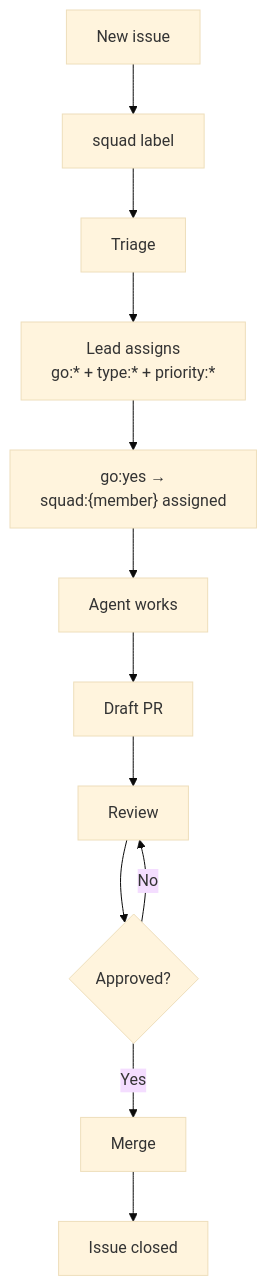
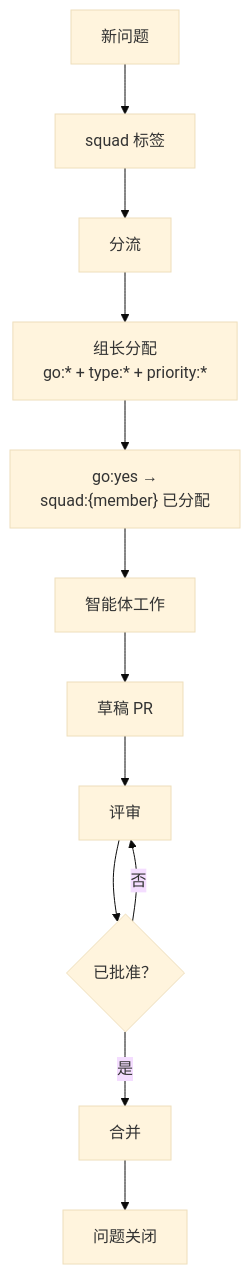
One commit to Allen-work-mk/squad-zh changed the diagram in docs/src/content/docs-zh/concepts/github-workflow.md. Above: the diagram before and after it, drawn with Mermaid (base theme). The commit also changed other lines of this file and 5 other files, not shown here.

````diff
--- a/docs/src/content/docs-zh/concepts/github-workflow.md
+++ b/docs/src/content/docs-zh/concepts/github-workflow.md
@@ -101,14 +100,14 @@
 ```mermaid
 graph TD
-    A["New issue"] --> B["squad label"]
-    B --> C["Triage"]
-    C --> D["Lead assigns<br/>go:* + type:* + priority:*"]
-    D --> E["go:yes →<br/>squad:{member} assigned"]
-    E --> F["Agent works"]
-    F --> G["Draft PR"]
-    G --> H["Review"]
-    H --> I{Approved?}
-    I -->|Yes| J["Merge"]
-    I -->|No| H
-    J --> K["Issue closed"]
+    A["新问题"] --> B["squad 标签"]
+    B --> C["分流"]
+    C --> D["组长分配<br/>go:* + type:* + priority:*"]
+    D --> E["go:yes →<br/>squad:{member} 已分配"]
+    E --> F["智能体工作"]
+    F --> G["草稿 PR"]
+    G --> H["评审"]
+    H --> I{已批准？}
+    I -->|是| J["合并"]
+    I -->|否| H
+    J --> K["问题关闭"]
 ```
````
